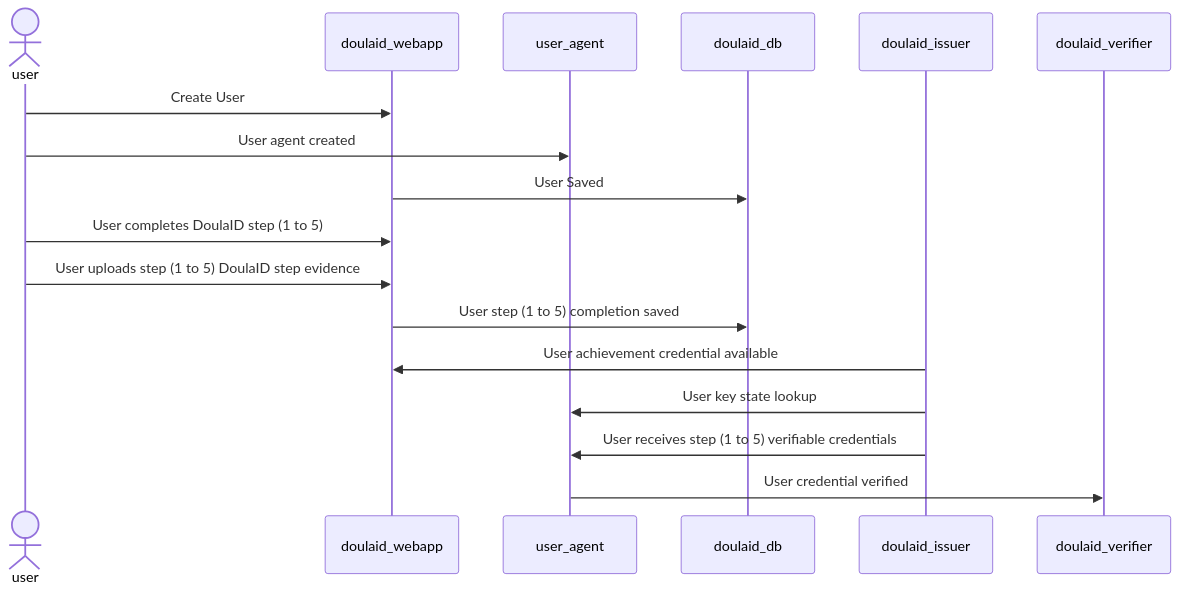
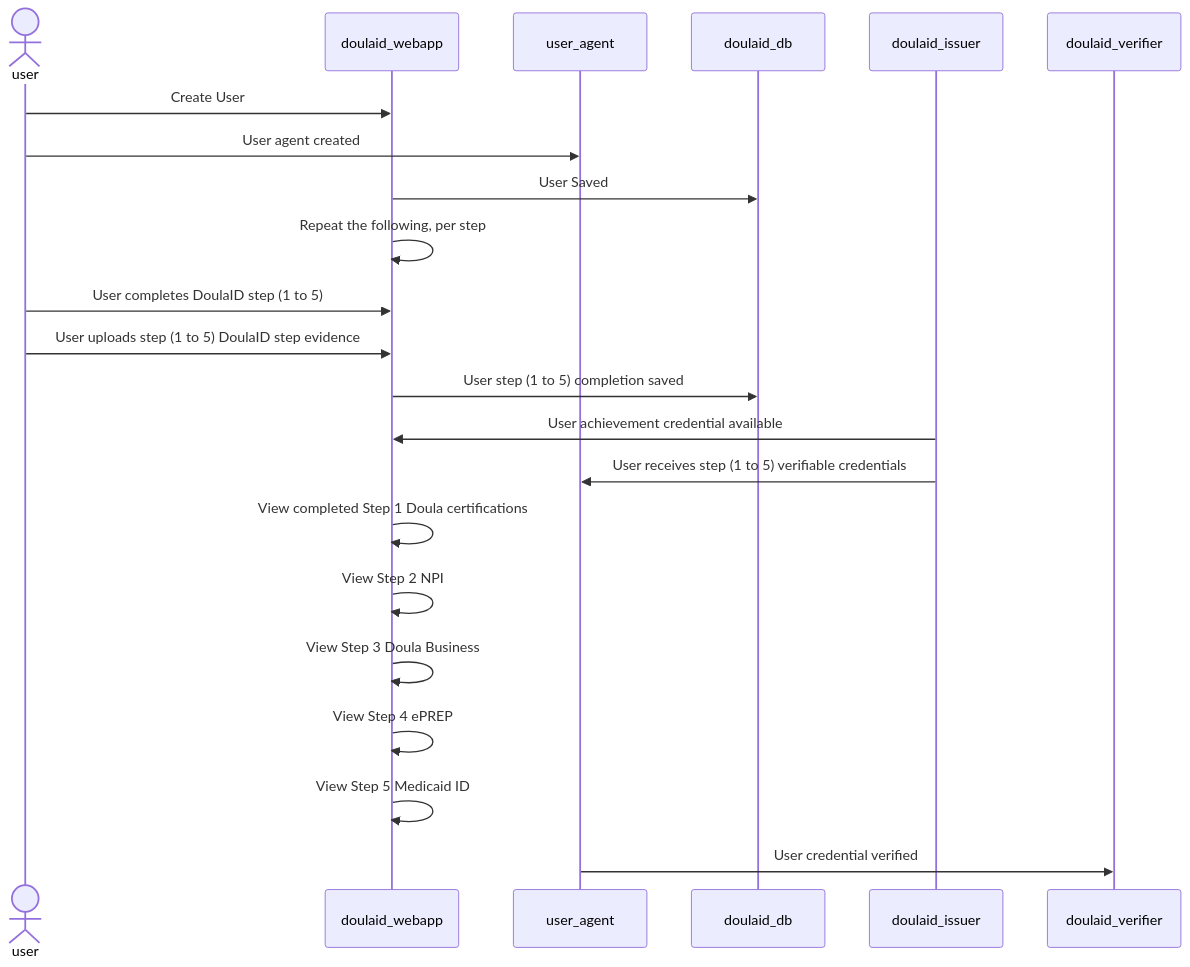
The diagram in DESIGN.md (roots-id/DoulaID), drawn with Mermaid before and after one commit.

````diff
--- a/DESIGN.md
+++ b/DESIGN.md
@@ -11,14 +11,19 @@
 ```mermaid
 sequenceDiagram
 actor user
 user->>doulaid_webapp: Create User
 user->>user_agent: User agent created
 doulaid_webapp->>doulaid_db: User Saved
+doulaid_webapp->>doulaid_webapp: Repeat the following, per step
 user->>doulaid_webapp: User completes DoulaID step (1 to 5)
 user->>doulaid_webapp: User uploads step (1 to 5) DoulaID step evidence
 doulaid_webapp->>doulaid_db: User step (1 to 5) completion saved
 doulaid_issuer->>doulaid_webapp: User achievement credential available
-doulaid_issuer->>user_agent: User key state lookup
 doulaid_issuer->>user_agent: User receives step (1 to 5) verifiable credentials
+doulaid_webapp->>doulaid_webapp: View completed Step 1 Doula certifications
+doulaid_webapp->>doulaid_webapp: View Step 2 NPI
+doulaid_webapp->>doulaid_webapp: View Step 3 Doula Business
+doulaid_webapp->>doulaid_webapp: View Step 4 ePREP
+doulaid_webapp->>doulaid_webapp: View Step 5 Medicaid ID
 user_agent->>doulaid_verifier: User credential verified
 ```
````
